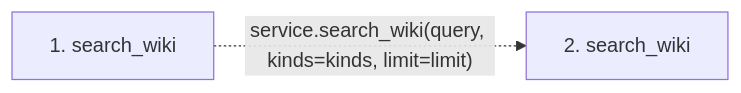
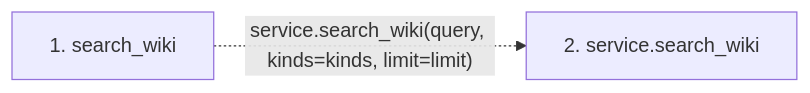
Before and after one commit to Denissvgn/python-wiki-llm: the second of 2 diagrams in docs/llm_wiki/flows/mcp-search_wiki.md, drawn with Mermaid. The commit also changed other lines of this file and 719 other files, not shown here.

````diff
--- a/docs/llm_wiki/flows/mcp-search_wiki.md
+++ b/docs/llm_wiki/flows/mcp-search_wiki.md
@@ -19,7 +20,7 @@
 ```mermaid
 flowchart LR
     s1["1. search_wiki"]
-    s2["2. search_wiki"]
+    s2["2. service.search_wiki"]
     s1 -. "service.search_wiki(query, kinds=kinds, limit=limit)" .-> s2
     click s1 "../modules/mcp_server.md"
 ```
````
